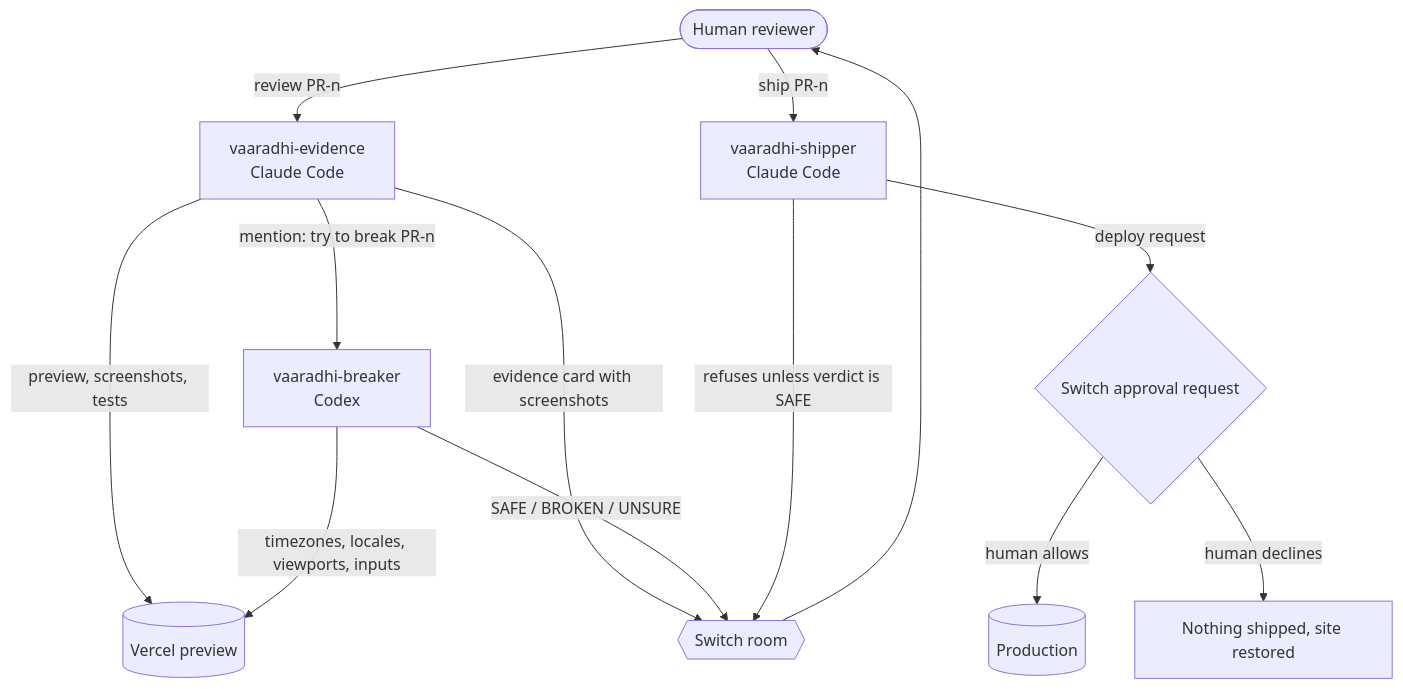
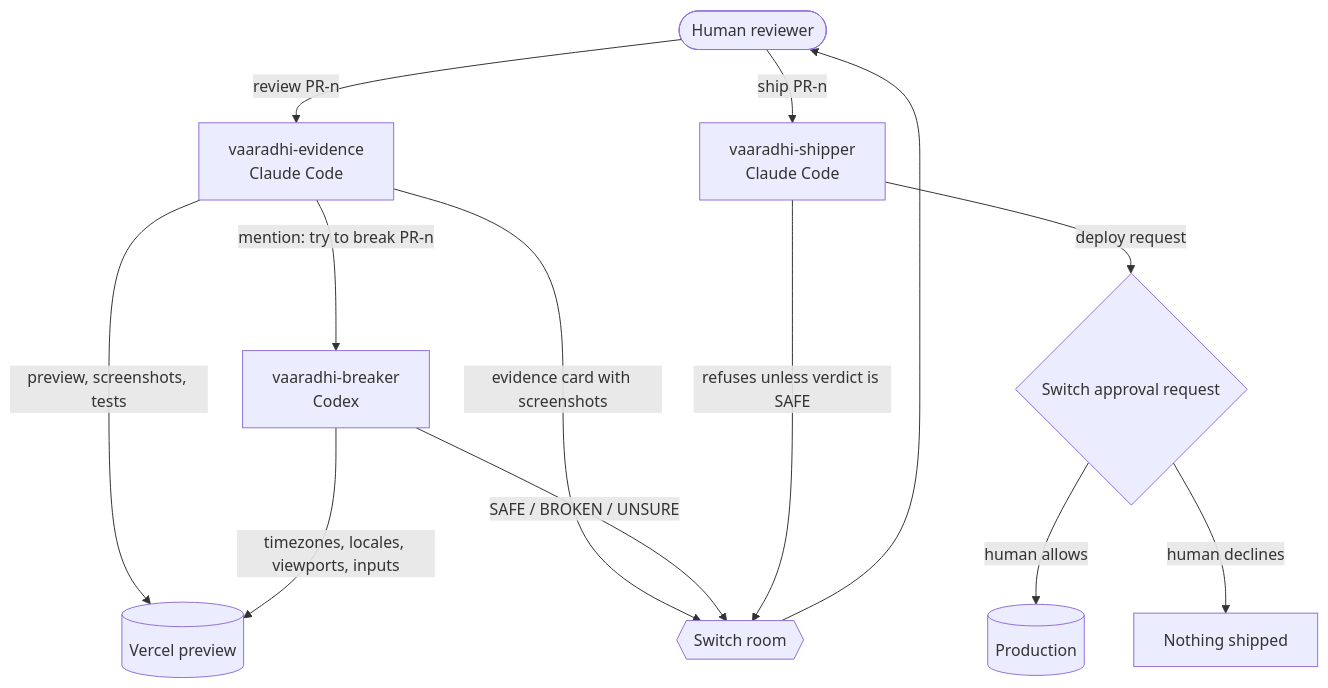
The second of 3 diagrams in README.md (yerramsettysuchita/vaaradhi), drawn with Mermaid before and after one commit. The commit also changed other lines of this file and 5 other files, not shown here.

````diff
--- a/README.md
+++ b/README.md
@@ -29,15 +49,15 @@
 ```mermaid
 flowchart TD
     H([Human reviewer]) -- "review PR-n" --> E[vaaradhi-evidence<br/>Claude Code]
     E -- "preview, screenshots, tests" --> V[(Vercel preview)]
     E -- "evidence card with screenshots" --> R{{Switch room}}
     E -- "mention: try to break PR-n" --> B[vaaradhi-breaker<br/>Codex]
     B -- "timezones, locales, viewports, inputs" --> V
     B -- "SAFE / BROKEN / UNSURE" --> R
     R --> H
     H -- "ship PR-n" --> S[vaaradhi-shipper<br/>Claude Code]
     S -- "refuses unless verdict is SAFE" --> R
     S -- "deploy request" --> A{Switch approval request}
     A -- "human allows" --> P[(Production)]
-    A -- "human declines" --> X[Nothing shipped, site restored]
+    A -- "human declines" --> X[Nothing shipped]
 ```
````
